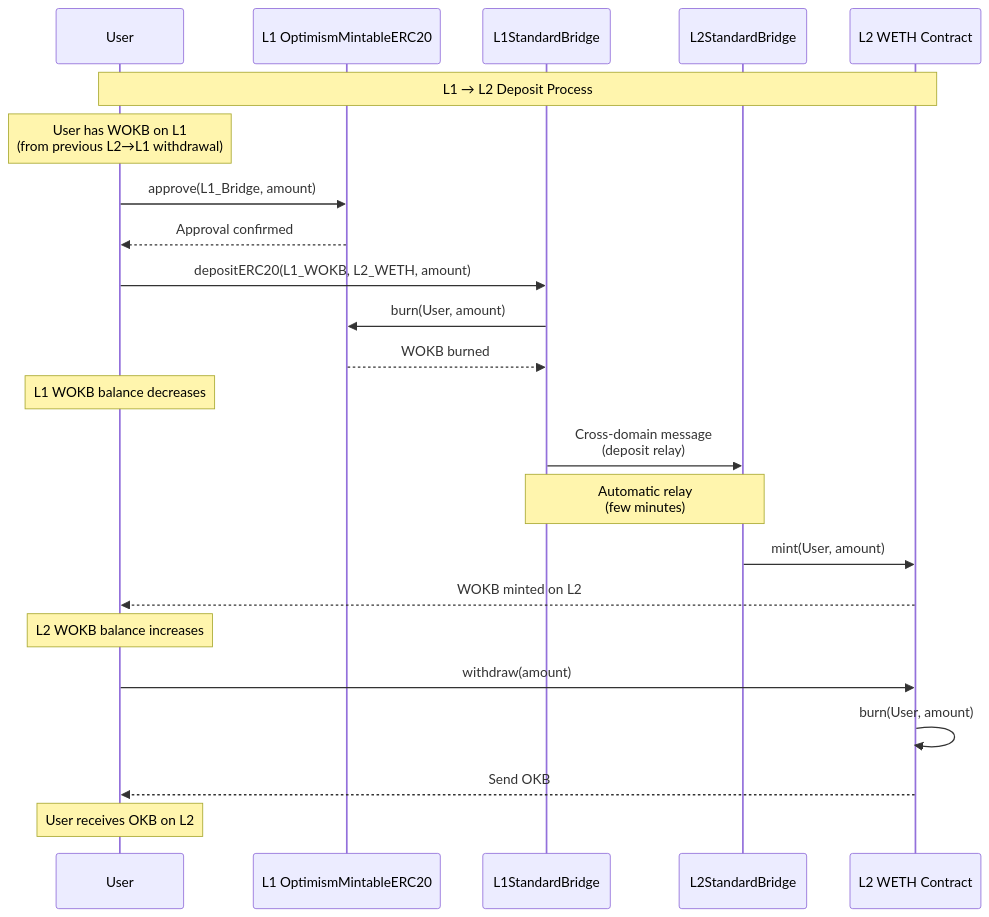
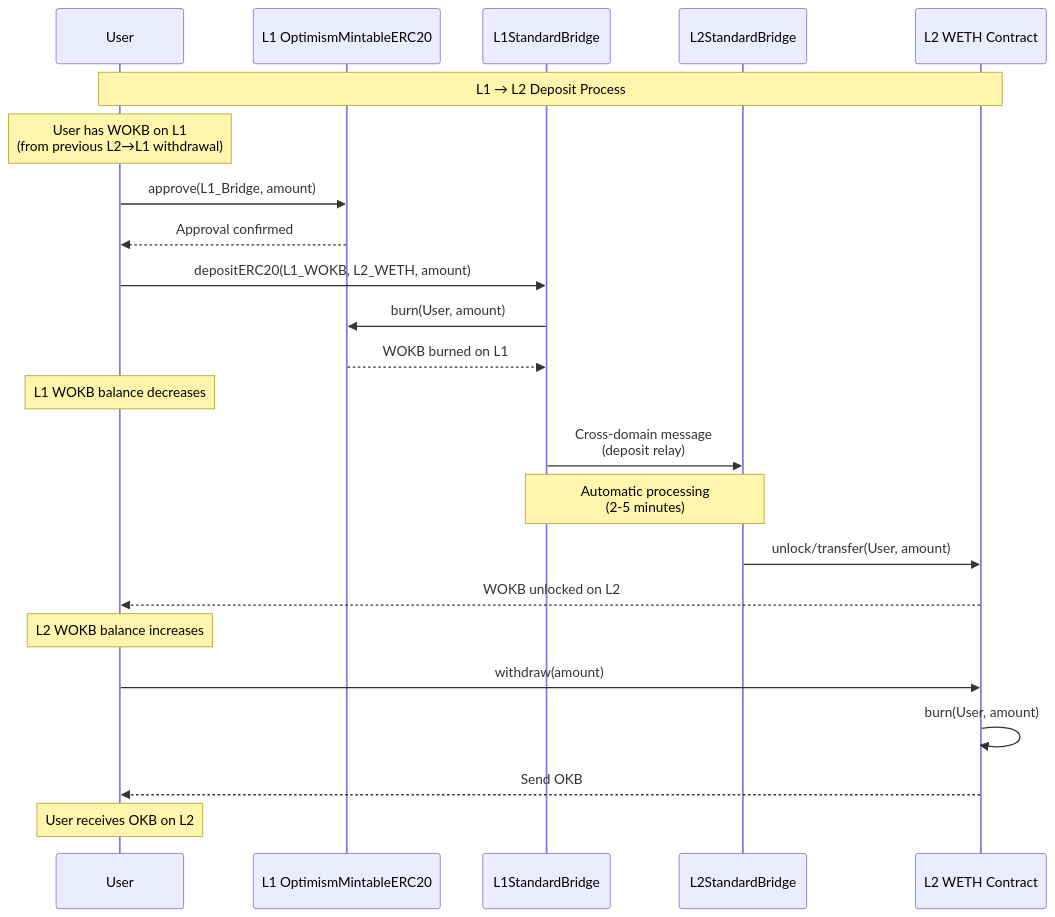
The second of 2 diagrams in test/cross_chain_sequence.md (okx/optimism), drawn with Mermaid before and after one commit. The commit also changed other lines of this file and 4 other files, not shown here.

````diff
--- a/test/cross_chain_sequence.md
+++ b/test/cross_chain_sequence.md
@@ -46,38 +51,38 @@
 ```mermaid
 sequenceDiagram
     participant User
     participant L1_WOKB as L1 OptimismMintableERC20
     participant L1_Bridge as L1StandardBridge
     participant L2_Bridge as L2StandardBridge
     participant L2_WETH as L2 WETH Contract
 
     Note over User, L2_WETH: L1 → L2 Deposit Process
 
     %% Prerequisite: User has WOKB on L1
     Note over User: User has WOKB on L1<br/>(from previous L2→L1 withdrawal)
 
     %% Step 1: Approve bridge
     User->>L1_WOKB: approve(L1_Bridge, amount)
     L1_WOKB-->>User: Approval confirmed
 
     %% Step 2: Initiate deposit
     User->>L1_Bridge: depositERC20(L1_WOKB, L2_WETH, amount)
     L1_Bridge->>L1_WOKB: burn(User, amount)
-    L1_WOKB-->>L1_Bridge: WOKB burned
+    L1_WOKB-->>L1_Bridge: WOKB burned on L1
     Note over User: L1 WOKB balance decreases
 
     %% Step 3: Cross-domain message (automatic relay)
     L1_Bridge->>L2_Bridge: Cross-domain message<br/>(deposit relay)
-    Note over L1_Bridge, L2_Bridge: Automatic relay<br/>(few minutes)
+    Note over L1_Bridge, L2_Bridge: Automatic processing<br/>(2-5 minutes)
 
-    %% Step 4: Finalize deposit
-    L2_Bridge->>L2_WETH: mint(User, amount)
-    L2_WETH-->>User: WOKB minted on L2
+    %% Step 4: Finalize deposit (automatic)
+    L2_Bridge->>L2_WETH: unlock/transfer(User, amount)
+    L2_WETH-->>User: WOKB unlocked on L2
     Note over User: L2 WOKB balance increases
 
     %% Step 5: User can convert back to OKB if needed
     User->>L2_WETH: withdraw(amount)
     L2_WETH->>L2_WETH: burn(User, amount)
     L2_WETH-->>User: Send OKB
     Note over User: User receives OKB on L2
 ```
````
